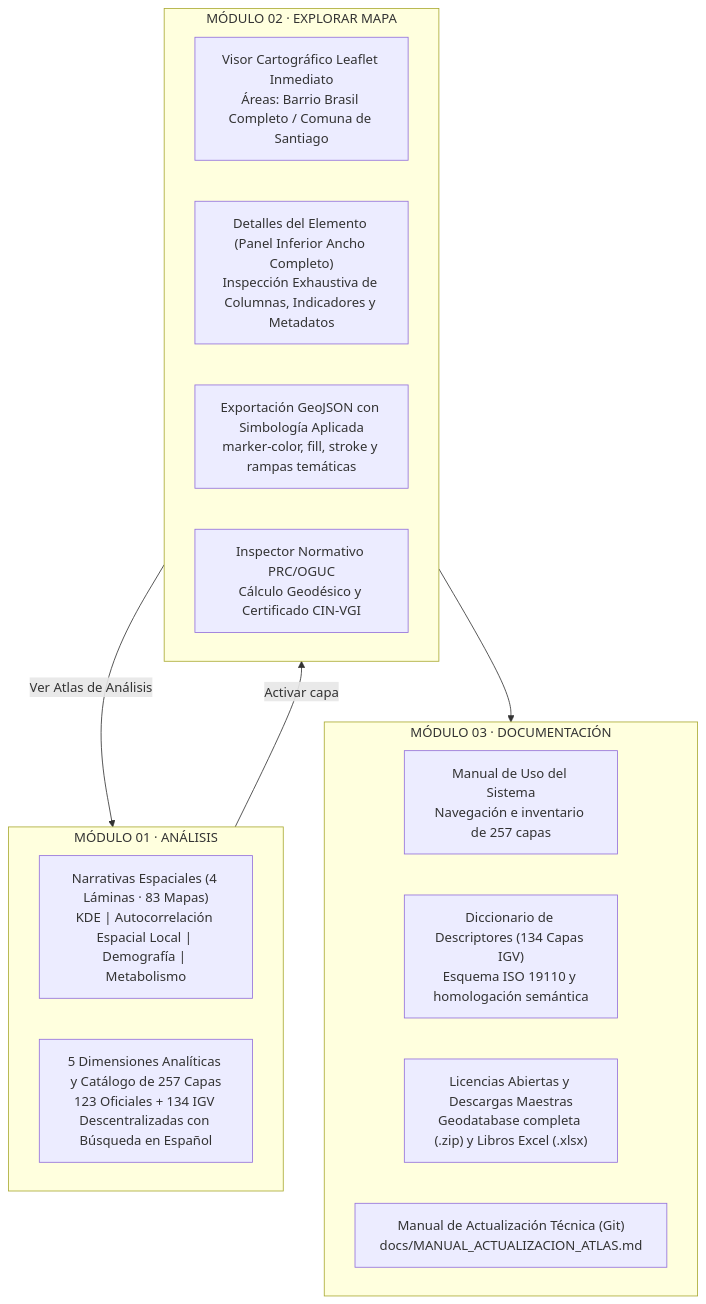
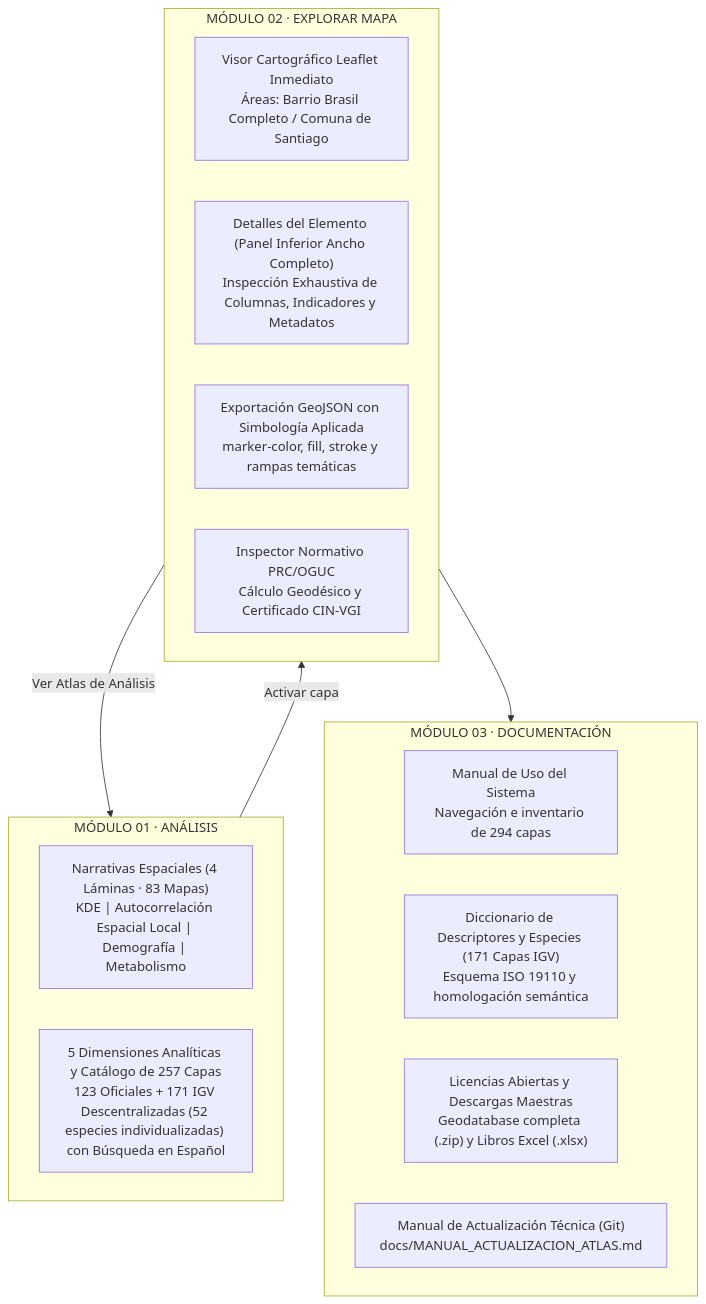
The diagram in docs/MANUAL_USO.md (GEOJOTA/atlas-vgi-barrio-brasil), drawn with Mermaid before and after one commit. The commit also changed other lines of this file and 367 other files, not shown here.

Commit message:
feat(prototipo-02): sustitucion de capas abstractas darwin core por 52 especies individualizadas gbif con nombre comun cotidiano y normalizacion de perfil canonico vgi

````diff
--- a/docs/MANUAL_USO.md
+++ b/docs/MANUAL_USO.md
@@ -22,25 +22,25 @@
 ```mermaid
 flowchart TD
     subgraph M01["MÓDULO 01 · ANÁLISIS"]
         N1["Narrativas Espaciales (4 Láminas · 83 Mapas)<br/>KDE | Autocorrelación Espacial Local | Demografía | Metabolismo"]
-        D1["5 Dimensiones Analíticas y Catálogo de 257 Capas<br/>123 Oficiales + 134 IGV Descentralizadas con Búsqueda en Español"]
+        D1["5 Dimensiones Analíticas y Catálogo de 257 Capas<br/>123 Oficiales + 171 IGV Descentralizadas (52 especies individualizadas) con Búsqueda en Español"]
     end
 
     subgraph M02["MÓDULO 02 · EXPLORAR MAPA"]
         V1["Visor Cartográfico Leaflet Inmediato<br/>Áreas: Barrio Brasil Completo / Comuna de Santiago"]
         P1["Detalles del Elemento (Panel Inferior Ancho Completo)<br/>Inspección Exhaustiva de Columnas, Indicadores y Metadatos"]
         EXP["Exportación GeoJSON con Simbología Aplicada<br/>marker-color, fill, stroke y rampas temáticas"]
         I1["Inspector Normativo PRC/OGUC<br/>Cálculo Geodésico y Certificado CIN-VGI"]
     end
 
     subgraph M03["MÓDULO 03 · DOCUMENTACIÓN"]
-        DOC1["Manual de Uso del Sistema<br/>Navegación e inventario de 257 capas"]
-        DOC2["Diccionario de Descriptores (134 Capas IGV)<br/>Esquema ISO 19110 y homologación semántica"]
+        DOC1["Manual de Uso del Sistema<br/>Navegación e inventario de 294 capas"]
+        DOC2["Diccionario de Descriptores y Especies (171 Capas IGV)<br/>Esquema ISO 19110 y homologación semántica"]
         DOC3["Licencias Abiertas y Descargas Maestras<br/>Geodatabase completa (.zip) y Libros Excel (.xlsx)"]
         DOC4["Manual de Actualización Técnica (Git)<br/>docs/MANUAL_ACTUALIZACION_ATLAS.md"]
     end
 
     M01 -->|"Activar capa"| M02
     M02 -->|"Ver Atlas de Análisis"| M01
     M02 --> M03
 ```
````
